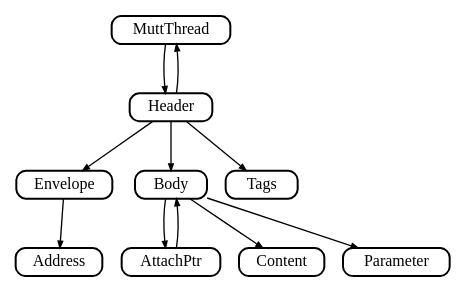
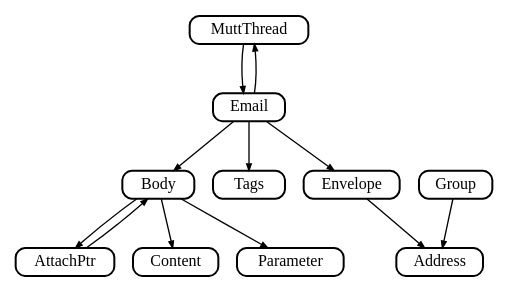
The diagram in arch/libemail.gv (neomutt/gfx), drawn with Graphviz before and after one commit. The commit also changed 3 other files, not shown here.

Commit message:
update library diagrams

```diff
--- a/arch/libemail.gv
+++ b/arch/libemail.gv
@@ -1,45 +1,47 @@
 digraph libemail
 {
-        graph [
-                rankdir="TB"
-                nodesep="0.2"
-                ranksep="0.5"
+	graph [
+		rankdir="TB"
+		nodesep="0.2"
+		ranksep="0.5"
 		compound=true
-        ]
+	]
 
-        node [
-                shape="Mrecord"
-                fontsize="12"
-                style="solid"
-                height="0.2"
-                penwidth="1.5"
+	node [
+		shape="Mrecord"
+		fontsize="12"
+		style="solid"
+		height="0.2"
+		penwidth="1.5"
 		color=black
-        ]
+	]
 
-        edge [
-                penwidth="1.0"
-                arrowsize="0.5"
-        ]
+	edge [
+		penwidth="1.0"
+		arrowsize="0.5"
+	]
 
 	thread    [ label="MuttThread" ]
 	envelope  [ label="Envelope"   ]
 	address   [ label="Address"    ]
 	content   [ label="Content"    ]
 	attachptr [ label="AttachPtr"  ]
 	body      [ label="Body"       ]
-	header    [ label="Header"     ]
+	email     [ label="Email"      ]
 	parameter [ label="Parameter"  ]
 	tags      [ label="Tags"       ]
+	group     [ label="Group"      ]
 
 	attachptr -> body
 	body      -> attachptr
 	body      -> content
 	body      -> parameter
+	group     -> address
 	envelope  -> address
-	header    -> body
-	header    -> envelope
-	header    -> tags
-	header    -> thread
-	thread    -> header
+	email     -> body
+	email     -> envelope
+	email     -> tags
+	email     -> thread
+	thread    -> email
 
 }
```
